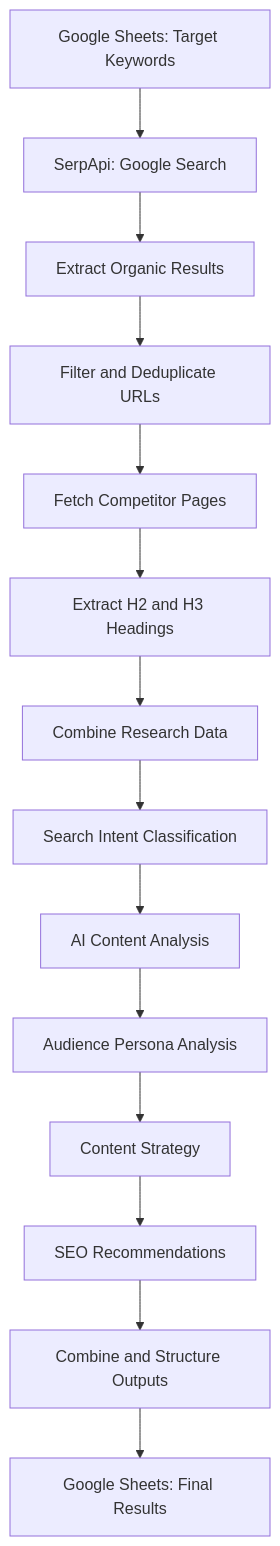
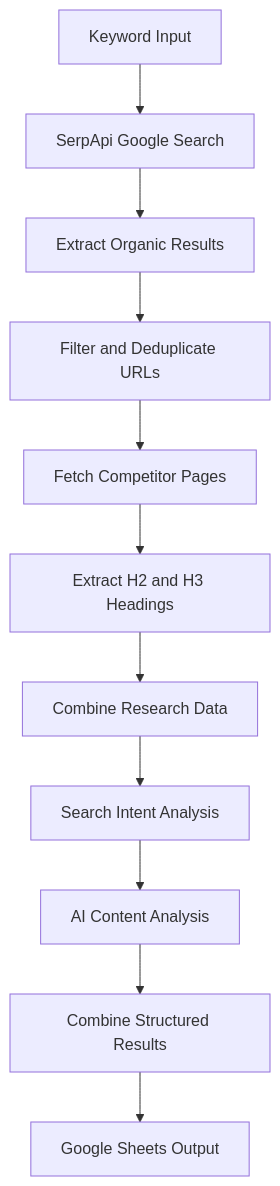
One commit to bali1527/serpapi-ai-seo-content-intelligence-agent changed the diagram in README.md. Above: the diagram before and after it, drawn with Mermaid. The commit also changed other lines of this file, not shown here.

````diff
--- a/README.md
+++ b/README.md
@@ -166,26 +127,17 @@
 ```mermaid
 flowchart TD
-    A[Google Sheets: Target Keywords]
-    B[SerpApi: Google Search]
+    A[Keyword Input]
+    B[SerpApi Google Search]
     C[Extract Organic Results]
     D[Filter and Deduplicate URLs]
     E[Fetch Competitor Pages]
     F[Extract H2 and H3 Headings]
     G[Combine Research Data]
-    H[Search Intent Classification]
+    H[Search Intent Analysis]
     I[AI Content Analysis]
-    J[Audience Persona Analysis]
-    K[Content Strategy]
-    L[SEO Recommendations]
-    M[Combine and Structure Outputs]
-    N[Google Sheets: Final Results]
+    J[Combine Structured Results]
+    K[Google Sheets Output]
 
-    A --> B --> C --> D --> E --> F
-    F --> G
-    G --> H
-    H --> I
-    I --> J
-    J --> K
-    K --> L
-    L --> M --> N
+    A --> B --> C --> D --> E --> F --> G
+    G --> H --> I --> J --> K
 ```
````
